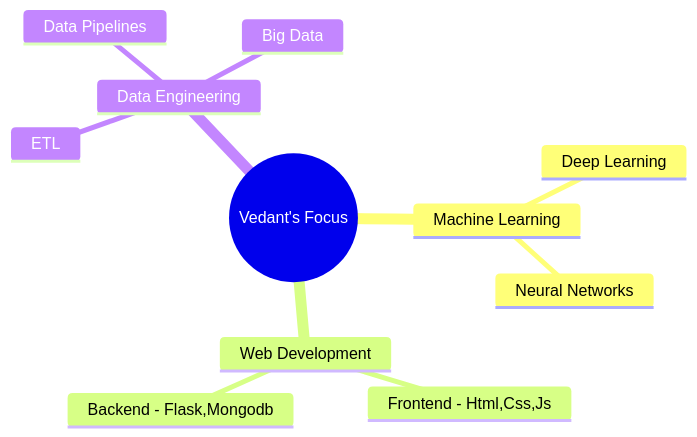
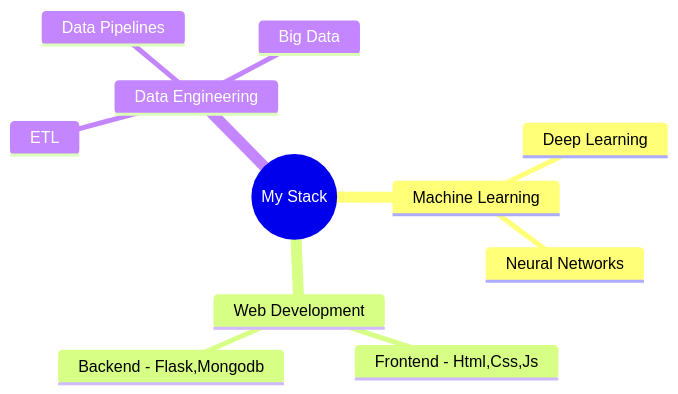
One commit to VedantKale106/VedantKale106 changed the diagram in README.md. Above: the diagram before and after it, drawn with Mermaid. The commit also changed other lines of this file, not shown here.

````diff
--- a/README.md
+++ b/README.md
@@ -49,14 +49,14 @@
 ```mermaid
 mindmap
-  root((Vedant's Focus))
+  root((My Stack))
     Machine Learning
       Deep Learning
       Neural Networks
     Web Development
       Frontend - Html,Css,Js
       Backend - Flask,Mongodb
     Data Engineering
       ETL
       Data Pipelines
       Big Data
 ```
````
